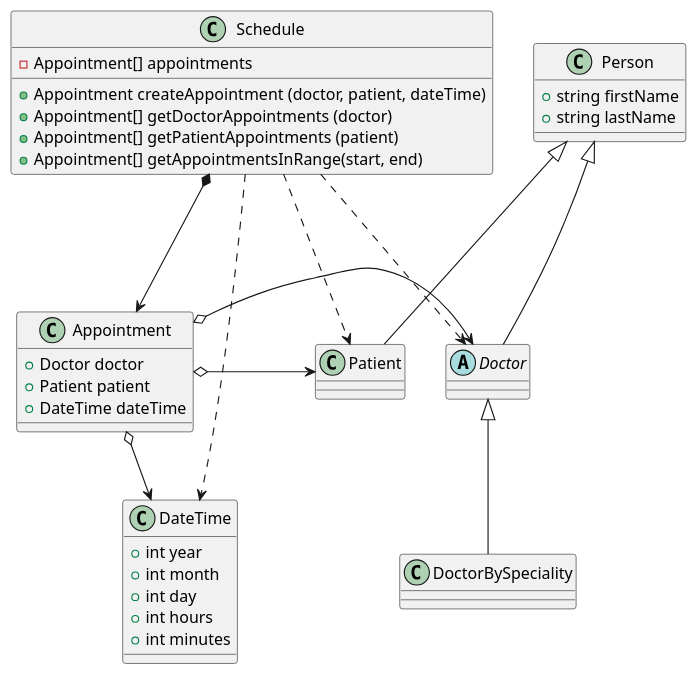
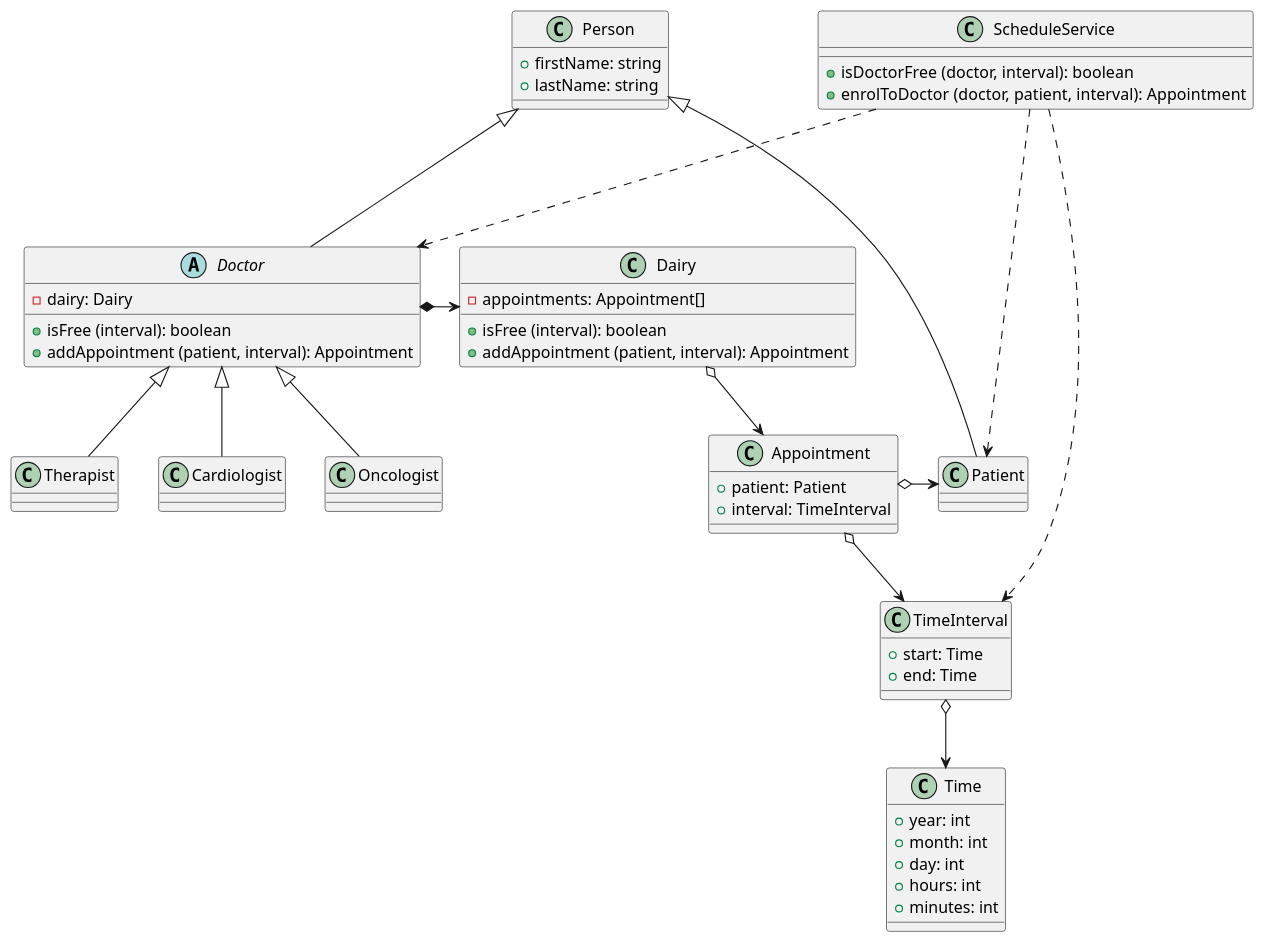
Before and after one commit to Zybr/enterprise-patterns: the diagram in src/Introduction/Decomposition/polyclinic.puml, drawn with PlantUML. The commit also changed 14 other files, not shown here.

```diff
--- a/src/Introduction/Decomposition/polyclinic.puml
+++ b/src/Introduction/Decomposition/polyclinic.puml
@@ -1,58 +1,65 @@
 @startuml
-'https://plantuml.com/class-diagram
+
+class ScheduleService {
+    + isDoctorFree (doctor, interval): boolean
+    + enrolToDoctor (doctor, patient, interval): Appointment
+}
 
 class Person {
-    + string firstName
-    + string lastName
+    + firstName: string
+    + lastName: string
+}
+
+class Dairy {
+    - appointments: Appointment[]
+    + isFree (interval): boolean
+    + addAppointment (patient, interval): Appointment
 }
 
 abstract class Doctor {
-
-}
-
-class DoctorBySpeciality {
-
+    - dairy: Dairy
+    + isFree (interval): boolean
+    + addAppointment (patient, interval): Appointment
 }
 
 class Patient {
 
 }
 
-class DateTime {
-    + int year
-    + int month
-    + int day
-    + int hours
-    + int minutes
+class Time {
+    + year: int
+    + month: int
+    + day: int
+    + hours: int
+    + minutes: int
+}
+
+class TimeInterval {
+    + start: Time
+    + end: Time
 }
 
 class Appointment {
-    + Doctor doctor
-    + Patient patient
-    + DateTime dateTime
+    + patient: Patient
+    + interval: TimeInterval
 }
 
-class Schedule {
-    - Appointment[] appointments
-    + Appointment createAppointment (doctor, patient, dateTime)
-    + Appointment[] getDoctorAppointments (doctor)
-    + Appointment[] getPatientAppointments (patient)
-    + Appointment[] getAppointmentsInRange(start, end)
-}
+ScheduleService ...> Doctor
+ScheduleService ...> Patient
+ScheduleService ...> TimeInterval
 
 Person <|-down-- Doctor
 Person <|-down-- Patient
 
+Doctor *-right-> Dairy
+Dairy o--> Appointment
+Appointment o-down-> TimeInterval
+TimeInterval o--> Time
 
-Doctor <|-- DoctorBySpeciality
+Doctor <|-- Therapist
+Doctor <|-- Cardiologist
+Doctor <|-- Oncologist
 
-Appointment o-down-> DateTime
 Appointment o-right--> Patient
-Appointment o-right--> Doctor
-
-Schedule *---> Appointment
-Schedule ...> Patient
-Schedule ...> Doctor
-Schedule ...> DateTime
 
 @enduml
```
